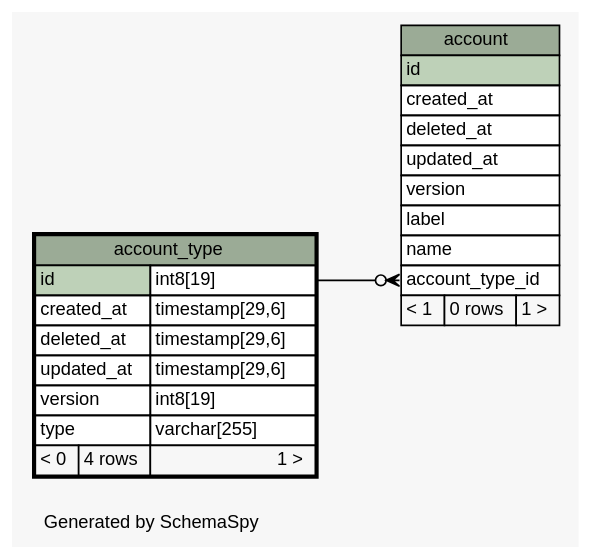
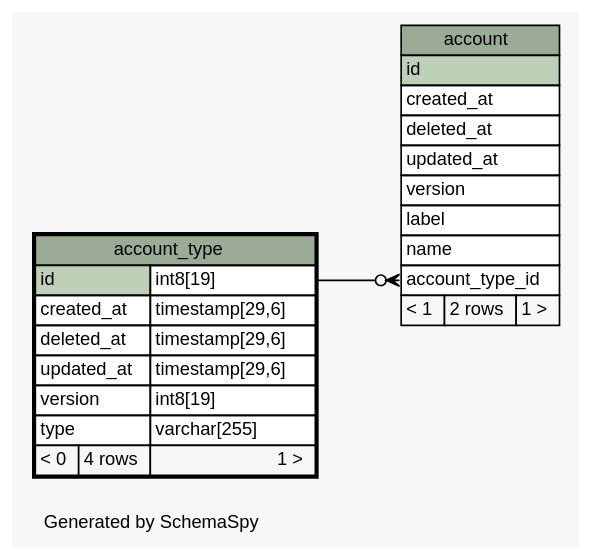
One commit to carlthronson/crisp-take-home changed the diagram in backend/diagrams/diagrams/account_type.1degree.dot. Above: the diagram before and after it, drawn with Graphviz. The commit also changed 63 other files, not shown here.

Commit message:
Update database diagrams

```diff
--- a/backend/diagrams/diagrams/account_type.1degree.dot
+++ b/backend/diagrams/diagrams/account_type.1degree.dot
@@ -1,55 +1,55 @@
 // dot 12.1.1 on Mac OS X 12.3
 // SchemaSpy rev 590
 digraph "oneDegreeRelationshipsDiagram" {
   graph [
     rankdir="RL"
     bgcolor="#f7f7f7"
     label="\nGenerated by SchemaSpy"
     labeljust="l"
     nodesep="0.18"
     ranksep="0.46"
     fontname="Helvetica"
     fontsize="11"
   ];
   node [
     fontname="Helvetica"
     fontsize="11"
     shape="plaintext"
   ];
   edge [
     arrowsize="0.8"
   ];
   "account":"account_type_id":w -> "account_type":"id.type":e [arrowhead=none dir=back arrowtail=crowodot];
   "account" [
     label=<
     <TABLE BORDER="0" CELLBORDER="1" CELLSPACING="0" BGCOLOR="#ffffff">
       <TR><TD COLSPAN="3" BGCOLOR="#9bab96" ALIGN="CENTER">account</TD></TR>
       <TR><TD PORT="id" COLSPAN="3" BGCOLOR="#bed1b8" ALIGN="LEFT">id</TD></TR>
       <TR><TD PORT="created_at" COLSPAN="3" ALIGN="LEFT">created_at</TD></TR>
       <TR><TD PORT="deleted_at" COLSPAN="3" ALIGN="LEFT">deleted_at</TD></TR>
       <TR><TD PORT="updated_at" COLSPAN="3" ALIGN="LEFT">updated_at</TD></TR>
       <TR><TD PORT="version" COLSPAN="3" ALIGN="LEFT">version</TD></TR>
       <TR><TD PORT="label" COLSPAN="3" ALIGN="LEFT">label</TD></TR>
       <TR><TD PORT="name" COLSPAN="3" ALIGN="LEFT">name</TD></TR>
       <TR><TD PORT="account_type_id" COLSPAN="3" ALIGN="LEFT">account_type_id</TD></TR>
-      <TR><TD ALIGN="LEFT" BGCOLOR="#f7f7f7">&lt; 1</TD><TD ALIGN="RIGHT" BGCOLOR="#f7f7f7">0 rows</TD><TD ALIGN="RIGHT" BGCOLOR="#f7f7f7">1 &gt;</TD></TR>
+      <TR><TD ALIGN="LEFT" BGCOLOR="#f7f7f7">&lt; 1</TD><TD ALIGN="RIGHT" BGCOLOR="#f7f7f7">2 rows</TD><TD ALIGN="RIGHT" BGCOLOR="#f7f7f7">1 &gt;</TD></TR>
     </TABLE>>
     URL="account.html"
     tooltip="account"
   ];
   "account_type" [
     label=<
     <TABLE BORDER="2" CELLBORDER="1" CELLSPACING="0" BGCOLOR="#ffffff">
       <TR><TD COLSPAN="3" BGCOLOR="#9bab96" ALIGN="CENTER">account_type</TD></TR>
       <TR><TD PORT="id" COLSPAN="2" BGCOLOR="#bed1b8" ALIGN="LEFT">id</TD><TD PORT="id.type" ALIGN="LEFT">int8[19]</TD></TR>
       <TR><TD PORT="created_at" COLSPAN="2" ALIGN="LEFT">created_at</TD><TD PORT="created_at.type" ALIGN="LEFT">timestamp[29,6]</TD></TR>
       <TR><TD PORT="deleted_at" COLSPAN="2" ALIGN="LEFT">deleted_at</TD><TD PORT="deleted_at.type" ALIGN="LEFT">timestamp[29,6]</TD></TR>
       <TR><TD PORT="updated_at" COLSPAN="2" ALIGN="LEFT">updated_at</TD><TD PORT="updated_at.type" ALIGN="LEFT">timestamp[29,6]</TD></TR>
       <TR><TD PORT="version" COLSPAN="2" ALIGN="LEFT">version</TD><TD PORT="version.type" ALIGN="LEFT">int8[19]</TD></TR>
       <TR><TD PORT="type" COLSPAN="2" ALIGN="LEFT">type</TD><TD PORT="type.type" ALIGN="LEFT">varchar[255]</TD></TR>
       <TR><TD ALIGN="LEFT" BGCOLOR="#f7f7f7">&lt; 0</TD><TD ALIGN="RIGHT" BGCOLOR="#f7f7f7">4 rows</TD><TD ALIGN="RIGHT" BGCOLOR="#f7f7f7">1 &gt;</TD></TR>
     </TABLE>>
     URL="account_type.html"
     tooltip="account_type"
   ];
 }
```
